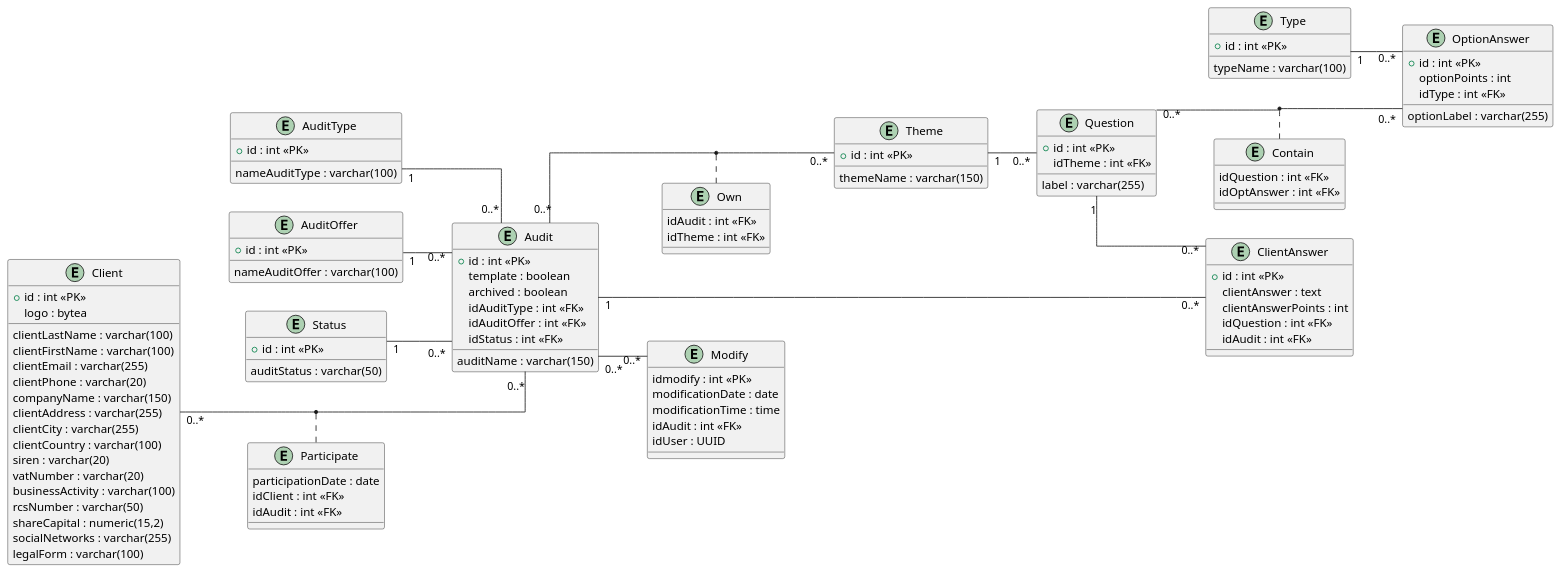
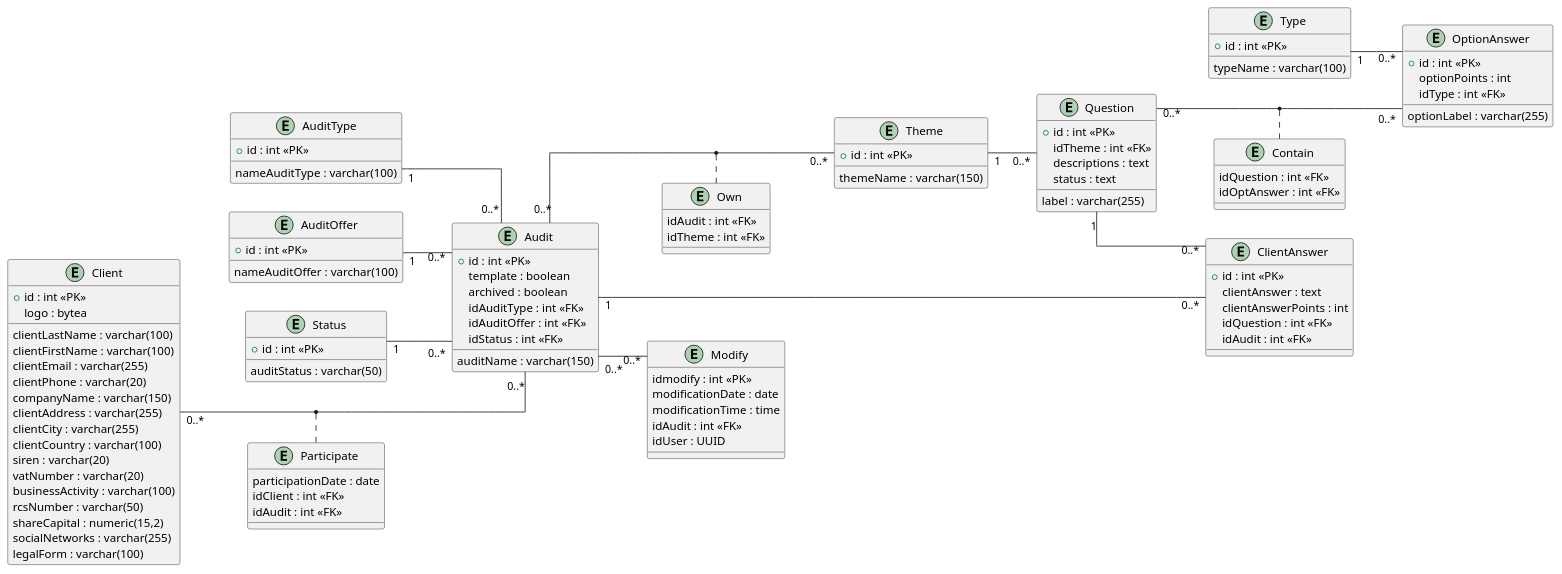
Before and after one commit to summerflamme/Bajon-Consulting: the diagram in BD/ShématRelationnel_ENG.plantuml, drawn with PlantUML. The commit also changed 4 other files, not shown here.

```diff
--- a/BD/ShématRelationnel_ENG.plantuml
+++ b/BD/ShématRelationnel_ENG.plantuml
@@ -1,130 +1,132 @@
 @startuml
 left to right direction
 skinparam linetype ortho
 
 entity Client {
     +id : int <<PK>>
     clientLastName : varchar(100)
     clientFirstName : varchar(100)
     clientEmail : varchar(255)
     clientPhone : varchar(20)
     companyName : varchar(150)
     clientAddress : varchar(255)
     clientCity : varchar(255)
     clientCountry : varchar(100)
     siren : varchar(20)
     vatNumber : varchar(20)
     businessActivity : varchar(100)
     rcsNumber : varchar(50)
     shareCapital : numeric(15,2)
     socialNetworks : varchar(255)
     legalForm : varchar(100)
     logo : bytea
 }
 
 entity AuditType {
     +id : int <<PK>>
     nameAuditType : varchar(100)
 }
 
 entity AuditOffer {
     +id : int <<PK>>
     nameAuditOffer : varchar(100)
 }
 
 entity Status {
     +id : int <<PK>>
     auditStatus : varchar(50)
 }
 
 entity Audit {
     +id : int <<PK>>
     auditName : varchar(150)
     template : boolean
     archived : boolean
     idAuditType : int <<FK>>
     idAuditOffer : int <<FK>>
     idStatus : int <<FK>>
 }
 
 entity Theme {
     +id : int <<PK>>
     themeName : varchar(150)
 }
 
 entity Type {
     +id : int <<PK>>
     typeName : varchar(100)
 }
 
 entity Question {
     +id : int <<PK>>
     label : varchar(255)
     idTheme : int <<FK>>
+    descriptions : text
+    status : text
 }
 
 entity OptionAnswer {
     +id : int <<PK>>
     optionLabel : varchar(255)
     optionPoints : int
     idType : int <<FK>>
 }
 
 entity ClientAnswer {
     +id : int <<PK>>
     clientAnswer : text
     clientAnswerPoints : int
     idQuestion : int <<FK>>
     idAudit : int <<FK>>
 }
 
 entity Participate {
     participationDate : date
     idClient : int <<FK>>
     idAudit : int <<FK>>
 }
 
 entity Own {
     idAudit : int <<FK>>
     idTheme : int <<FK>>
 }
 
 entity Contain {
     idQuestion : int <<FK>>
     idOptAnswer : int <<FK>>
 }
 
 entity Modify {
     idmodify : int <<PK>>
     modificationDate : date
     modificationTime : time
     idAudit : int <<FK>>
     idUser : UUID
 }
 
 ' =======================
 ' Relations
 ' =======================
 
 AuditType "1" -- "0..*" Audit
 AuditOffer "1" -- "0..*" Audit
 Status "1" -- "0..*" Audit
 
 Theme "1" -- "0..*" Question
 Type "1" -- "0..*" OptionAnswer
 
 Question "1" -- "0..*" ClientAnswer
 Audit "1" -- "0..*" ClientAnswer
 
 Client "0..*" -- "0..*" Audit
 (Client, Audit) .. Participate
 
 Audit "0..*" -- "0..*" Theme
 (Audit, Theme) .. Own
 
 Question "0..*" -- "0..*" OptionAnswer
 (Question, OptionAnswer) .. Contain
 
 Audit "0..*" -- "0..*" Modify
 
 @enduml
```
